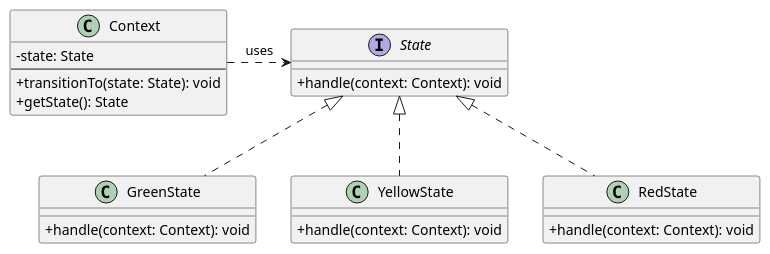
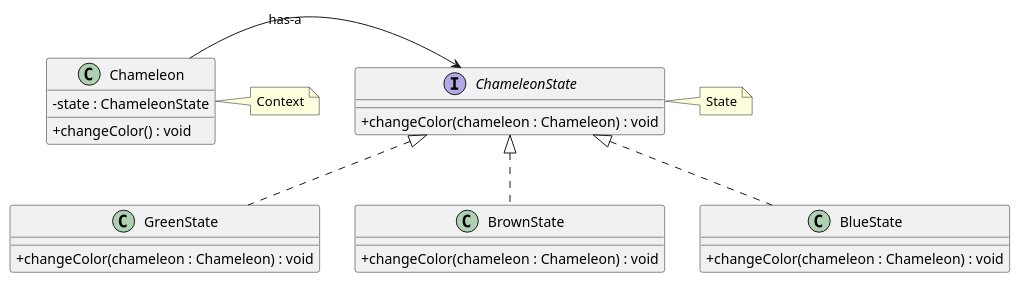
One commit to growthcodeoficial/ADC-design-patterns-php changed the diagram in diagrams/DesignPatterns/Behavioral/Examples/State.pu. Above: the diagram before and after it, drawn with PlantUML. The commit also changed 6 other files, not shown here.

```diff
--- a/diagrams/DesignPatterns/Behavioral/Examples/State.pu
+++ b/diagrams/DesignPatterns/Behavioral/Examples/State.pu
@@ -1,35 +1,32 @@
 @startuml State
     skinparam classAttributeIconSize 0
 
-    ' Interface
-    interface State {
-        + handle(context: Context): void
+    interface ChameleonState {
+        +changeColor(chameleon : Chameleon) : void
     }
-
-    ' Concrete States
+    
+    class Chameleon {
+        -state : ChameleonState
+        +changeColor() : void
+    }
+    
     class GreenState {
-        + handle(context: Context): void
+        +changeColor(chameleon : Chameleon) : void
     }
-
-    class YellowState {
-        + handle(context: Context): void
+    
+    class BrownState {
+        +changeColor(chameleon : Chameleon) : void
     }
-
-    class RedState {
-        + handle(context: Context): void
+    
+    class BlueState {
+        +changeColor(chameleon : Chameleon) : void
     }
-
-    ' Context
-    class Context {
-        - state: State
-        ---
-        + transitionTo(state: State): void
-        + getState(): State
-    }
-
-    ' Relationships
-    State <|.. GreenState
-    State <|.. YellowState
-    State <|.. RedState
-    Context .> State: uses
+    
+    ChameleonState <|.. GreenState
+    ChameleonState <|.. BrownState
+    ChameleonState <|.. BlueState
+    
+    Chameleon -> ChameleonState : has-a
+    note right of Chameleon : Context
+    note right of ChameleonState : State
 @enduml
```
